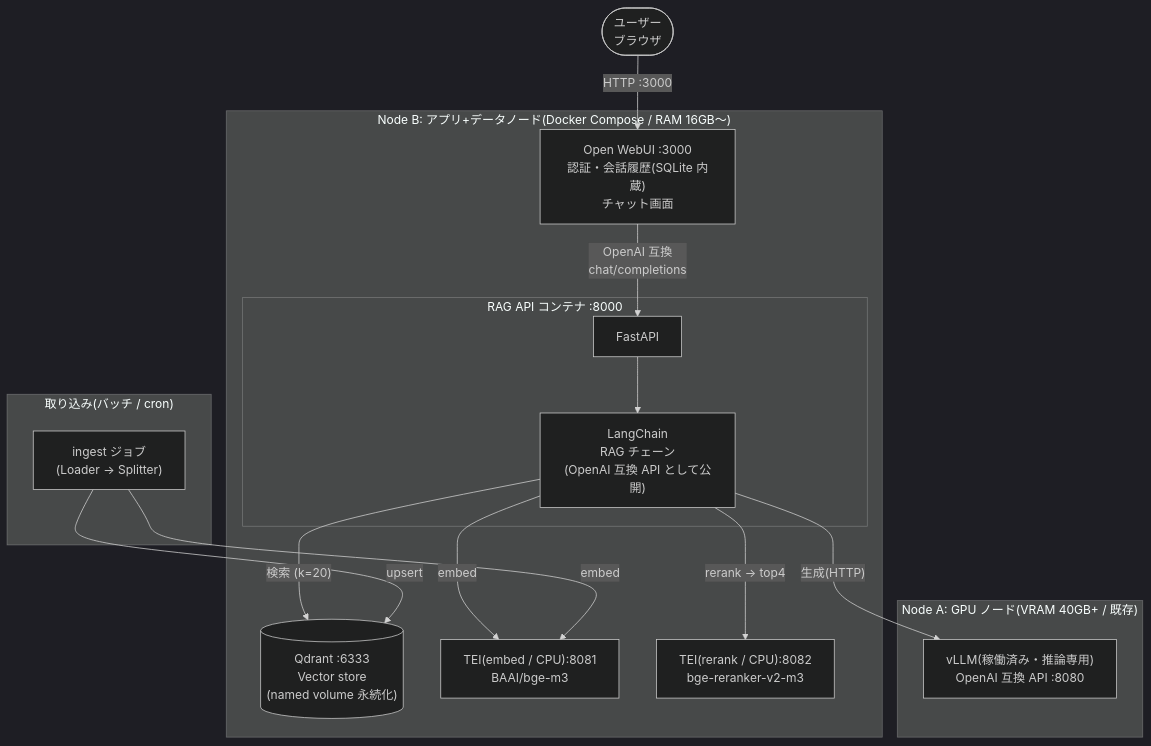
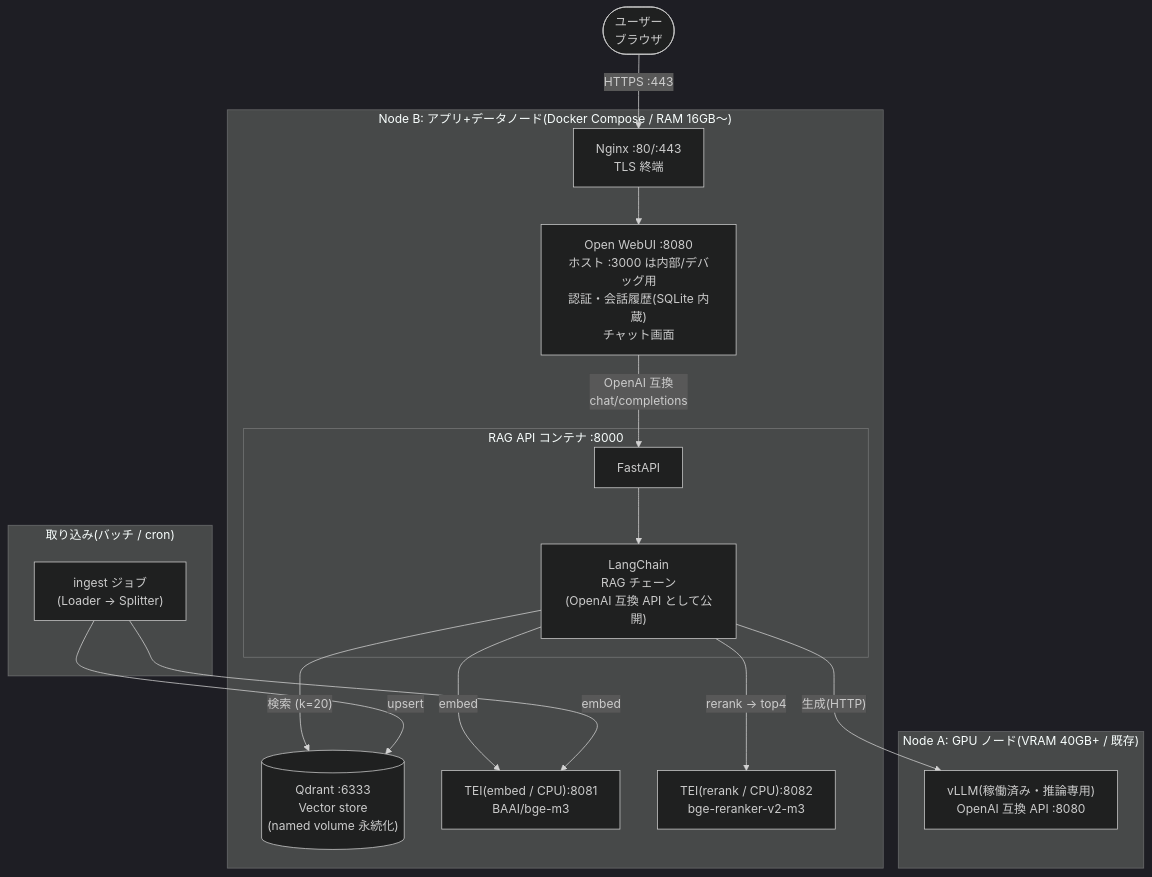
Before and after one commit to irimura/rag-system: the diagram in docs/plan2-standard.md, drawn with Mermaid (dark theme). The commit also changed other lines of this file and 13 other files, not shown here.

First line of the commit message:
Unify plan 1b and 2 behind NGINX TLS termination

````diff
--- a/docs/plan2-standard.md
+++ b/docs/plan2-standard.md
@@ -11,36 +11,38 @@
 ```mermaid
 flowchart TB
     U(["ユーザー<br/>ブラウザ"])
 
     subgraph nodeB["Node B: アプリ+データノード(Docker Compose / RAM 16GB〜)"]
-        OWUI["Open WebUI :3000<br/>認証・会話履歴(SQLite 内蔵)<br/>チャット画面"]
+        NGINX["Nginx :80/:443<br/>TLS 終端"]
+        OWUI["Open WebUI :8080<br/>ホスト :3000 は内部/デバッグ用<br/>認証・会話履歴(SQLite 内蔵)<br/>チャット画面"]
 
         subgraph ragapi["RAG API コンテナ :8000"]
             API["FastAPI"]
             LC["LangChain<br/>RAG チェーン<br/>(OpenAI 互換 API として公開)"]
             API --> LC
         end
 
         QD[("Qdrant :6333<br/>Vector store<br/>(named volume 永続化)")]
         TEI_E["TEI(embed / CPU):8081<br/>BAAI/bge-m3"]
         TEI_R["TEI(rerank / CPU):8082<br/>bge-reranker-v2-m3"]
 
+        NGINX --> OWUI
         OWUI -->|"OpenAI 互換<br/>chat/completions"| API
         LC -->|"embed"| TEI_E
         LC -->|"検索 (k=20)"| QD
         LC -->|"rerank → top4"| TEI_R
     end
 
     subgraph nodeA["Node A: GPU ノード(VRAM 40GB+ / 既存)"]
         VLLM["vLLM(稼働済み・推論専用)<br/>OpenAI 互換 API :8080"]
     end
 
     LC -->|"生成(HTTP)"| VLLM
-    U -->|"HTTP :3000"| OWUI
+    U -->|"HTTPS :443"| NGINX
 
     subgraph ingestflow["取り込み(バッチ / cron)"]
         ING["ingest ジョブ<br/>(Loader → Splitter)"]
     end
     ING -->|"embed"| TEI_E
     ING -->|"upsert"| QD
 ```
````
